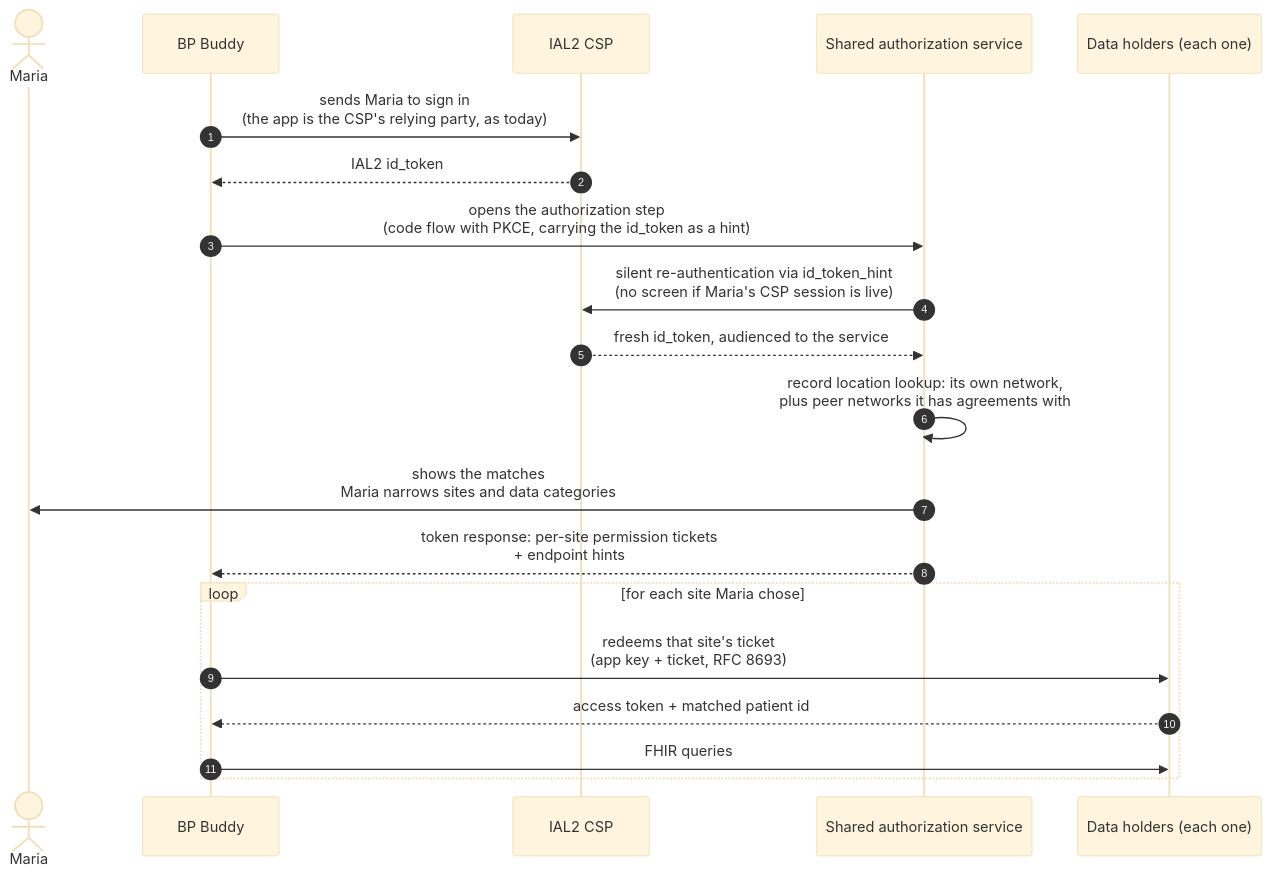
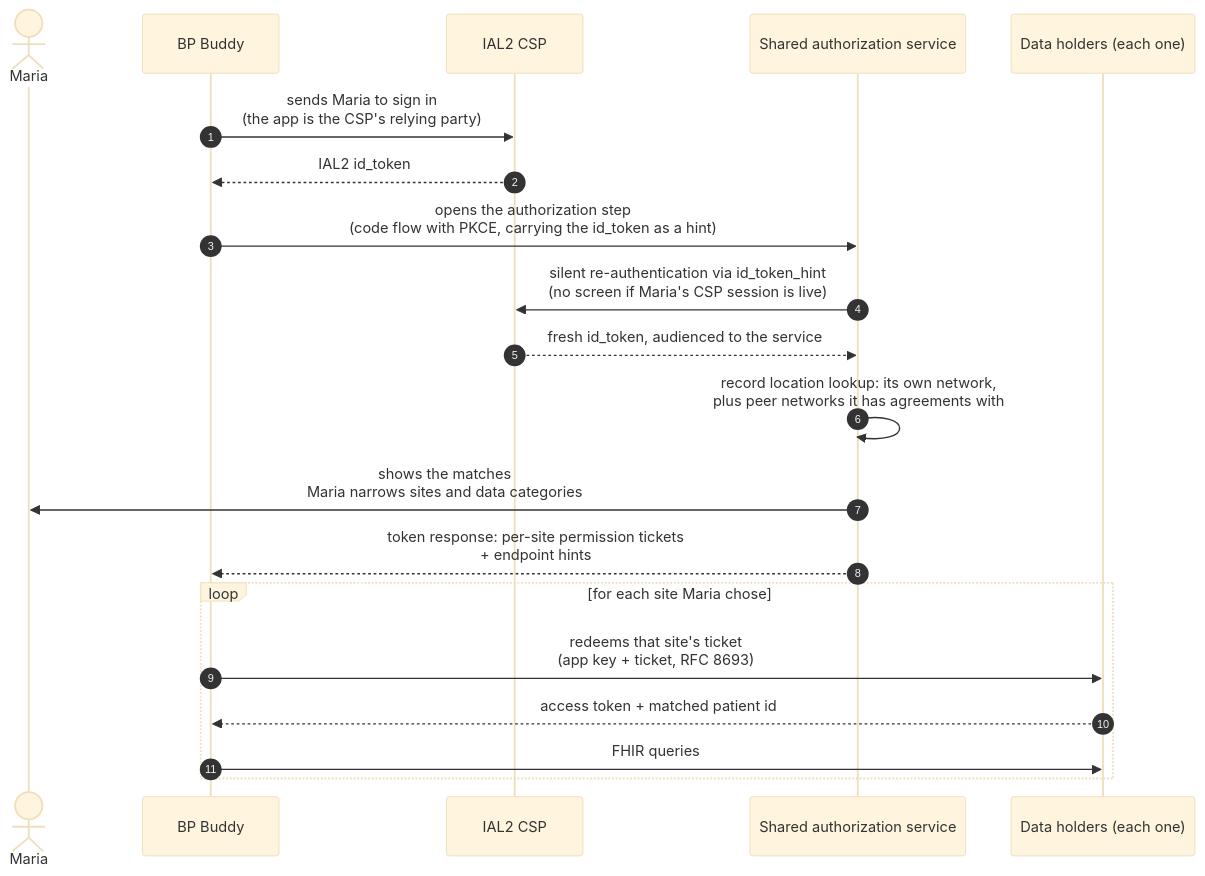
The first of 4 diagrams in authorizing-access.md (jmandel/cms-ns), drawn with Mermaid (base theme) before and after one commit. The commit also changed other lines of this file and 19 other files, not shown here.

````diff
--- a/authorizing-access.md
+++ b/authorizing-access.md
@@ -43,23 +43,23 @@
 ```mermaid
 sequenceDiagram
     autonumber
     actor Maria
     participant App as BP Buddy
     participant CSP as IAL2 CSP
     participant SAS as Shared authorization service
     participant DH as Data holders (each one)
 
-    App->>CSP: sends Maria to sign in<br/>(the app is the CSP's relying party, as today)
+    App->>CSP: sends Maria to sign in<br/>(the app is the CSP's relying party)
     CSP-->>App: IAL2 id_token
     App->>SAS: opens the authorization step<br/>(code flow with PKCE, carrying the id_token as a hint)
     SAS->>CSP: silent re-authentication via id_token_hint<br/>(no screen if Maria's CSP session is live)
     CSP-->>SAS: fresh id_token, audienced to the service
     SAS->>SAS: record location lookup: its own network,<br/>plus peer networks it has agreements with
     SAS->>Maria: shows the matches<br/>Maria narrows sites and data categories
     SAS-->>App: token response: per-site permission tickets<br/>+ endpoint hints
     loop for each site Maria chose
         App->>DH: redeems that site's ticket<br/>(app key + ticket, RFC 8693)
         DH-->>App: access token + matched patient id
         App->>DH: FHIR queries
     end
 ```
````
